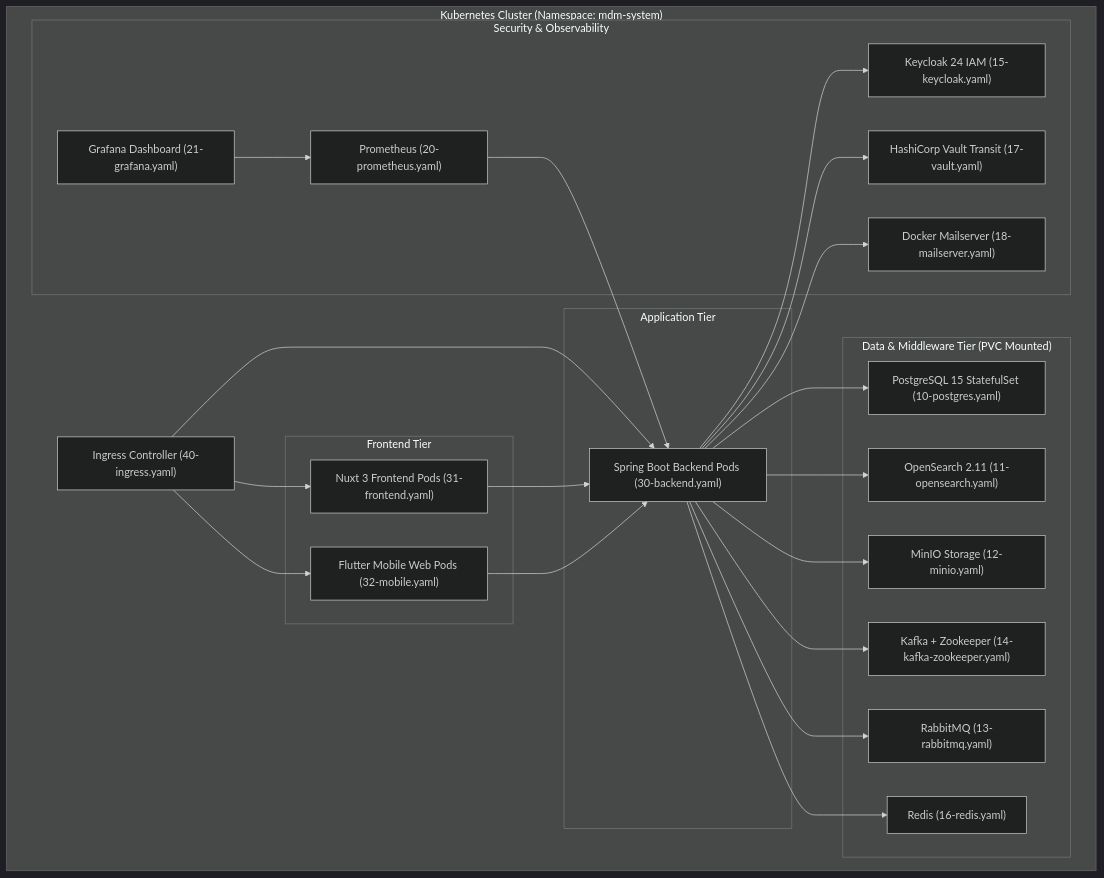
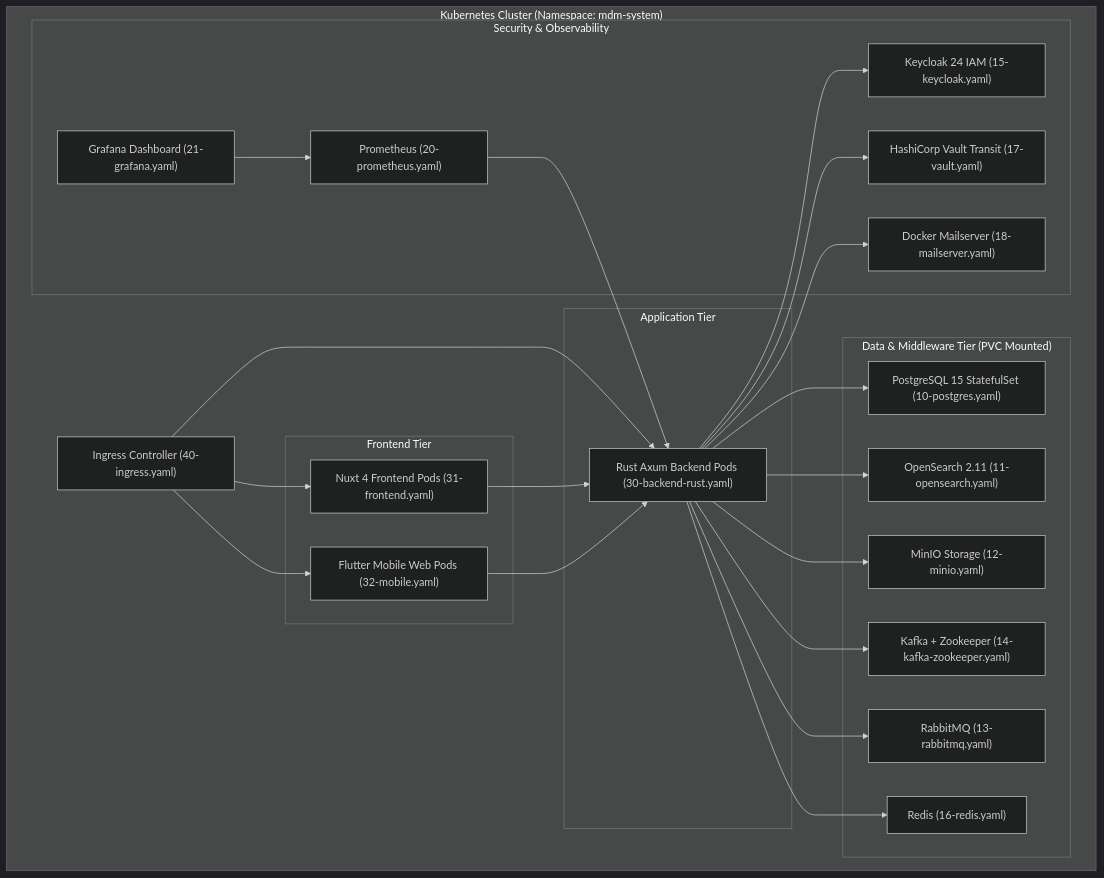
The diagram in spac/10_infrastructure_and_deployment.md (Profavor/mplatform), drawn with Mermaid (dark theme) before and after one commit. The commit also changed other lines of this file and 14 other files, not shown here.

First line of the commit message:
feat(auth): implement PBAC permission evaluation and modernize docs for Rust backend & Nuxt 4 (v2.0.3)

````diff
--- a/spac/10_infrastructure_and_deployment.md
+++ b/spac/10_infrastructure_and_deployment.md
@@ -9,49 +9,49 @@
 ```mermaid
 graph TD
     subgraph K8sCluster ["Kubernetes Cluster (Namespace: mdm-system)"]
         ING["Ingress Controller (40-ingress.yaml)"]
         
         subgraph FrontTier ["Frontend Tier"]
-            FE_POD["Nuxt 3 Frontend Pods (31-frontend.yaml)"]
+            FE_POD["Nuxt 4 Frontend Pods (31-frontend.yaml)"]
             MOB_POD["Flutter Mobile Web Pods (32-mobile.yaml)"]
         end
         
         subgraph AppTier ["Application Tier"]
-            BE_POD["Spring Boot Backend Pods (30-backend.yaml)"]
+            BE_POD["Rust Axum Backend Pods (30-backend-rust.yaml)"]
         end
         
         subgraph DataTier ["Data & Middleware Tier (PVC Mounted)"]
             PG_POD["PostgreSQL 15 StatefulSet (10-postgres.yaml)"]
             OS_POD["OpenSearch 2.11 (11-opensearch.yaml)"]
             MINIO_POD["MinIO Storage (12-minio.yaml)"]
             KAFKA_POD["Kafka + Zookeeper (14-kafka-zookeeper.yaml)"]
             RABBIT_POD["RabbitMQ (13-rabbitmq.yaml)"]
             REDIS_POD["Redis (16-redis.yaml)"]
         end
         
         subgraph SecOpsTier ["Security & Observability"]
             KC_POD["Keycloak 24 IAM (15-keycloak.yaml)"]
             VAULT_POD["HashiCorp Vault Transit (17-vault.yaml)"]
             MAIL_POD["Docker Mailserver (18-mailserver.yaml)"]
             PROM_POD["Prometheus (20-prometheus.yaml)"]
             GRAF_POD["Grafana Dashboard (21-grafana.yaml)"]
         end
     end
 
     ING --> FE_POD
     ING --> MOB_POD
     ING --> BE_POD
     FE_POD --> BE_POD
     MOB_POD --> BE_POD
     BE_POD --> KC_POD
     BE_POD --> VAULT_POD
     BE_POD --> MAIL_POD
     BE_POD --> PG_POD
     BE_POD --> OS_POD
     BE_POD --> MINIO_POD
     BE_POD --> KAFKA_POD
     BE_POD --> RABBIT_POD
     BE_POD --> REDIS_POD
     PROM_POD --> BE_POD
     GRAF_POD --> PROM_POD
 ```
````
